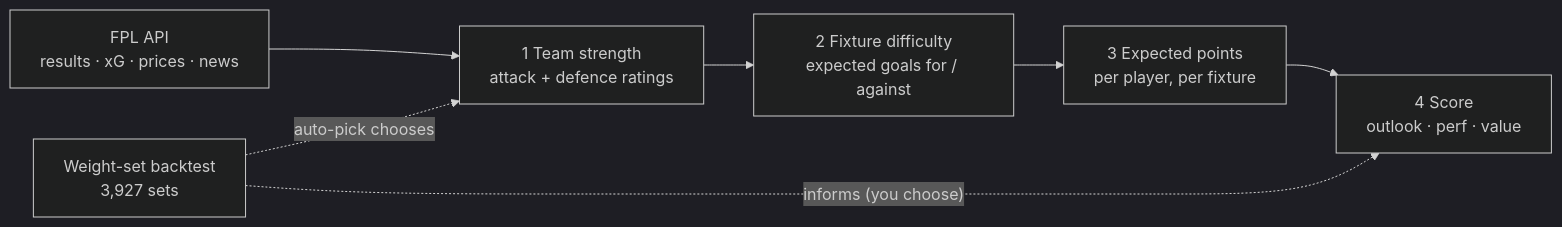
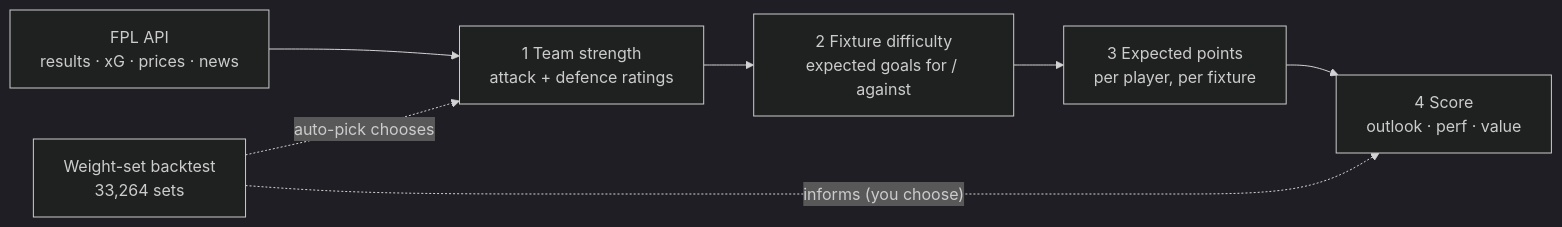
The diagram in README.md (dashzinho/fpl-ranker), drawn with Mermaid (dark theme) before and after one commit. The commit also changed other lines of this file and 7 other files, not shown here.

First line of the commit message:
Restore the full 144-set team-model grid (33,264 sets)

````diff
--- a/README.md
+++ b/README.md
@@ -81,9 +81,9 @@
 ```mermaid
 flowchart LR
     A["FPL API<br/>results · xG · prices · news"] --> B["1 Team strength<br/>attack + defence ratings"]
     B --> C["2 Fixture difficulty<br/>expected goals for / against"]
     C --> D["3 Expected points<br/>per player, per fixture"]
     D --> E["4 Score<br/>outlook · perf · value"]
-    F["Weight-set backtest<br/>3,927 sets"] -. "auto-pick chooses" .-> B
+    F["Weight-set backtest<br/>33,264 sets"] -. "auto-pick chooses" .-> B
     F -. "informs (you choose)" .-> E
 ```
````
